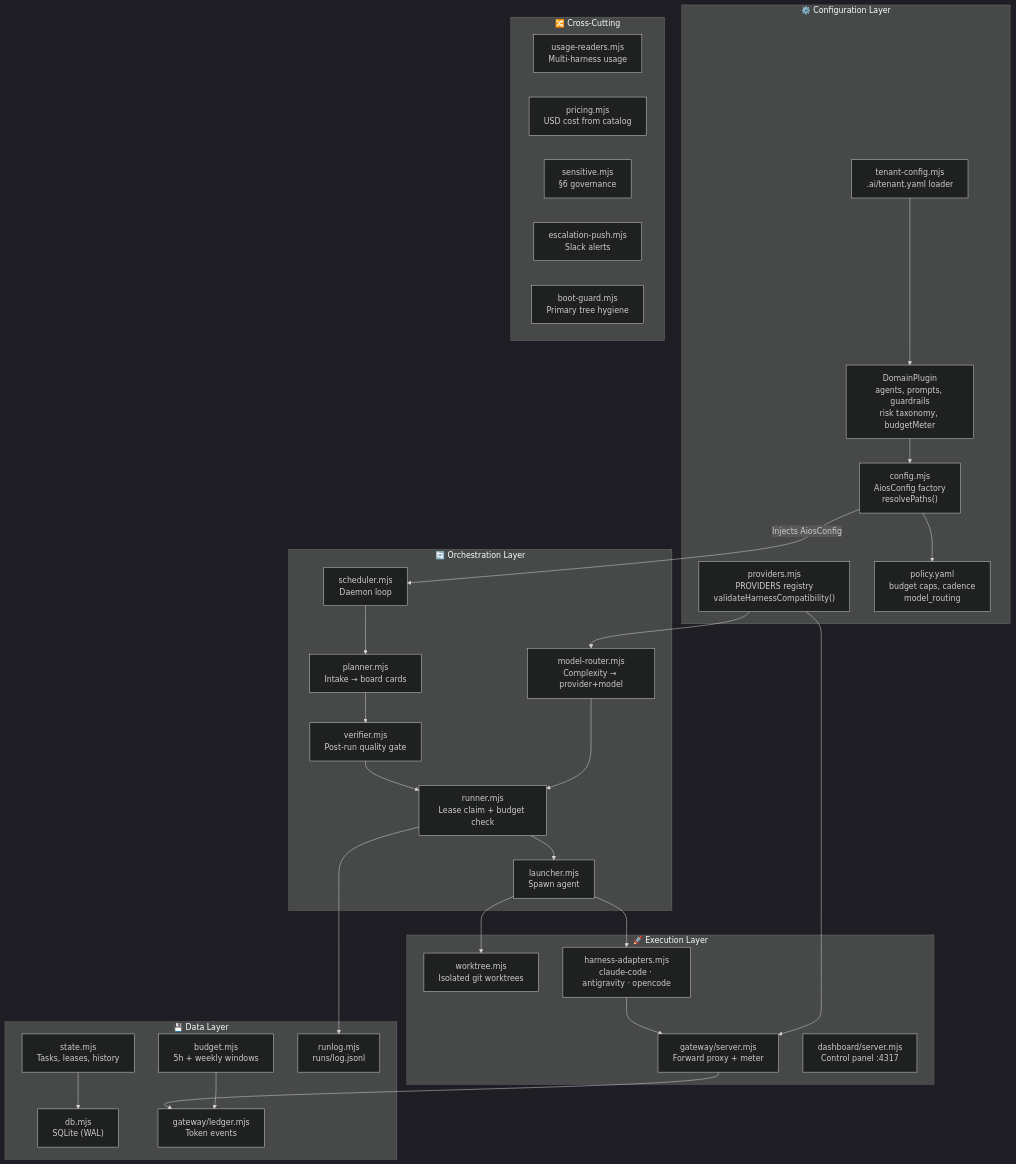
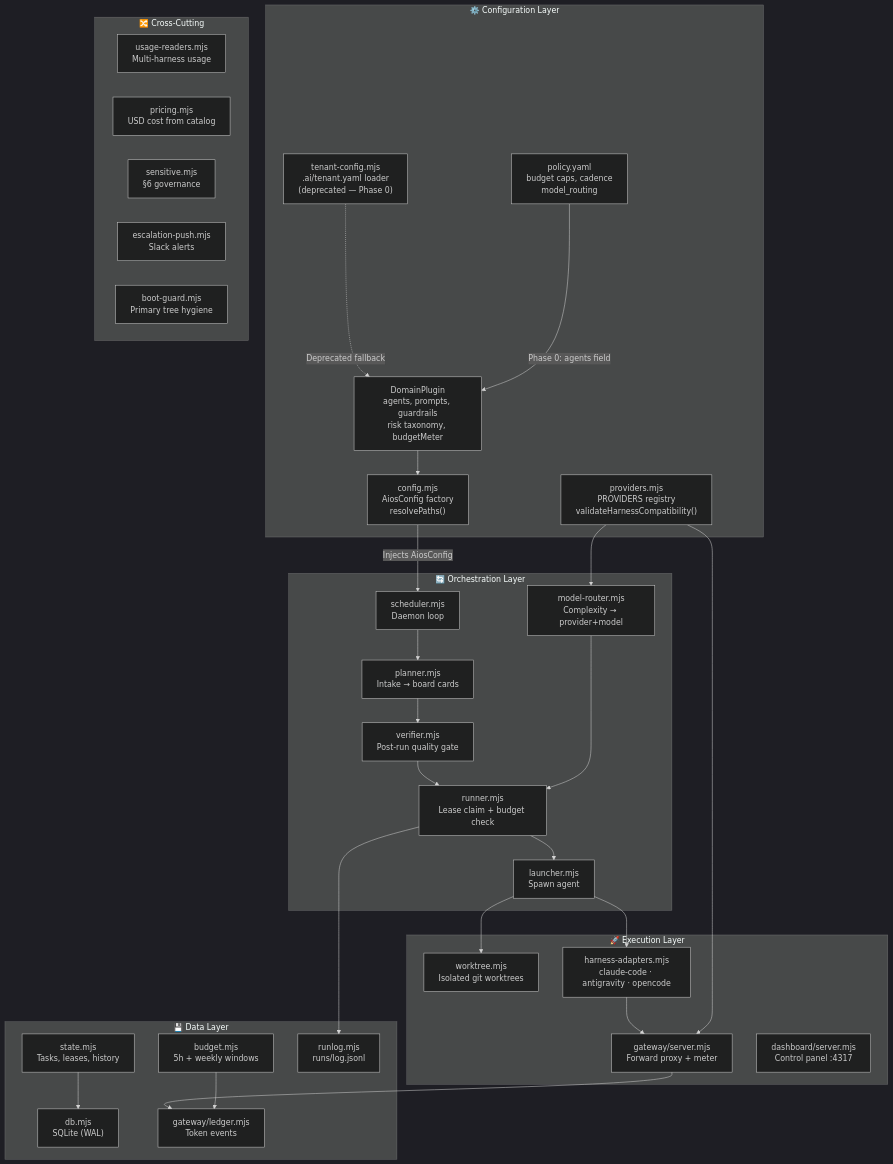
Before and after one commit to gravity-7/meridianos-core: the diagram in docs/diagrams/component-relationships.md, drawn with Mermaid (dark theme). The commit also changed 43 other files, not shown here.

````diff
--- a/docs/diagrams/component-relationships.md
+++ b/docs/diagrams/component-relationships.md
@@ -3,65 +3,65 @@
 ```mermaid
 graph TB
     subgraph Config["⚙️ Configuration Layer"]
         ConfigMJS["config.mjs<br/>AiosConfig factory<br/>resolvePaths()"]
         DomainPlugin["DomainPlugin<br/>agents, prompts, guardrails<br/>risk taxonomy, budgetMeter"]
-        TenantConfig["tenant-config.mjs<br/>.ai/tenant.yaml loader"]
+        TenantConfig["tenant-config.mjs<br/>.ai/tenant.yaml loader<br/>(deprecated — Phase 0)"]
         Providers["providers.mjs<br/>PROVIDERS registry<br/>validateHarnessCompatibility()"]
         PolicyYAML["policy.yaml<br/>budget caps, cadence<br/>model_routing"]
     end
 
-    TenantConfig --> DomainPlugin
+    TenantConfig -.->|"Deprecated fallback"| DomainPlugin
+    PolicyYAML -->|"Phase 0: agents field"| DomainPlugin
     DomainPlugin --> ConfigMJS
-    ConfigMJS --> PolicyYAML
 
     subgraph Orchestration["🔄 Orchestration Layer"]
         Scheduler["scheduler.mjs<br/>Daemon loop"]
         Planner["planner.mjs<br/>Intake → board cards"]
         Verifier["verifier.mjs<br/>Post-run quality gate"]
         Runner["runner.mjs<br/>Lease claim + budget check"]
         Launcher["launcher.mjs<br/>Spawn agent"]
         Router["model-router.mjs<br/>Complexity → provider+model"]
     end
 
     Scheduler --> Planner
     Planner --> Verifier
     Verifier --> Runner
     Runner --> Launcher
     Router --> Runner
 
     subgraph Execution["🚀 Execution Layer"]
         Worktree["worktree.mjs<br/>Isolated git worktrees"]
         Harness["harness-adapters.mjs<br/>claude-code · antigravity · opencode"]
         Gateway["gateway/server.mjs<br/>Forward proxy + meter"]
         Dashboard["dashboard/server.mjs<br/>Control panel :4317"]
     end
 
     Launcher --> Worktree
     Launcher --> Harness
     Harness --> Gateway
 
     subgraph Data["💾 Data Layer"]
         DB["db.mjs<br/>SQLite (WAL)"]
         State["state.mjs<br/>Tasks, leases, history"]
         Ledger["gateway/ledger.mjs<br/>Token events"]
         Budget["budget.mjs<br/>5h + weekly windows"]
         RunLog["runlog.mjs<br/>runs/log.jsonl"]
     end
 
     State --> DB
     Gateway --> Ledger
     Budget --> Ledger
     Runner --> RunLog
 
     subgraph CrossCutting["🔀 Cross-Cutting"]
         Usage["usage-readers.mjs<br/>Multi-harness usage"]
         Pricing["pricing.mjs<br/>USD cost from catalog"]
         Sensitive["sensitive.mjs<br/>§6 governance"]
         EscPush["escalation-push.mjs<br/>Slack alerts"]
         BootGuard["boot-guard.mjs<br/>Primary tree hygiene"]
     end
 
     ConfigMJS -->|"Injects AiosConfig"| Scheduler
     Providers --> Router
     Providers --> Gateway
 ```
````
